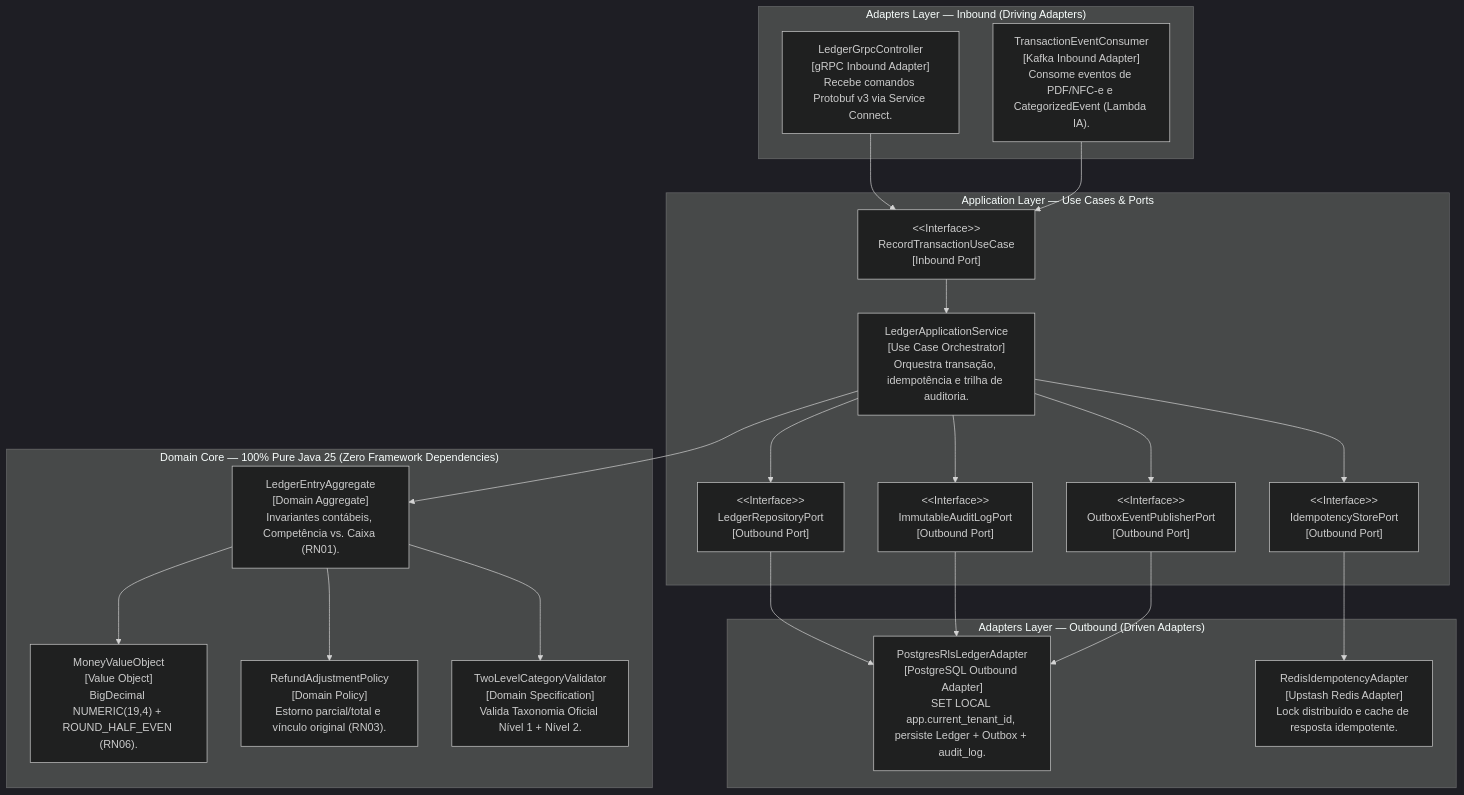
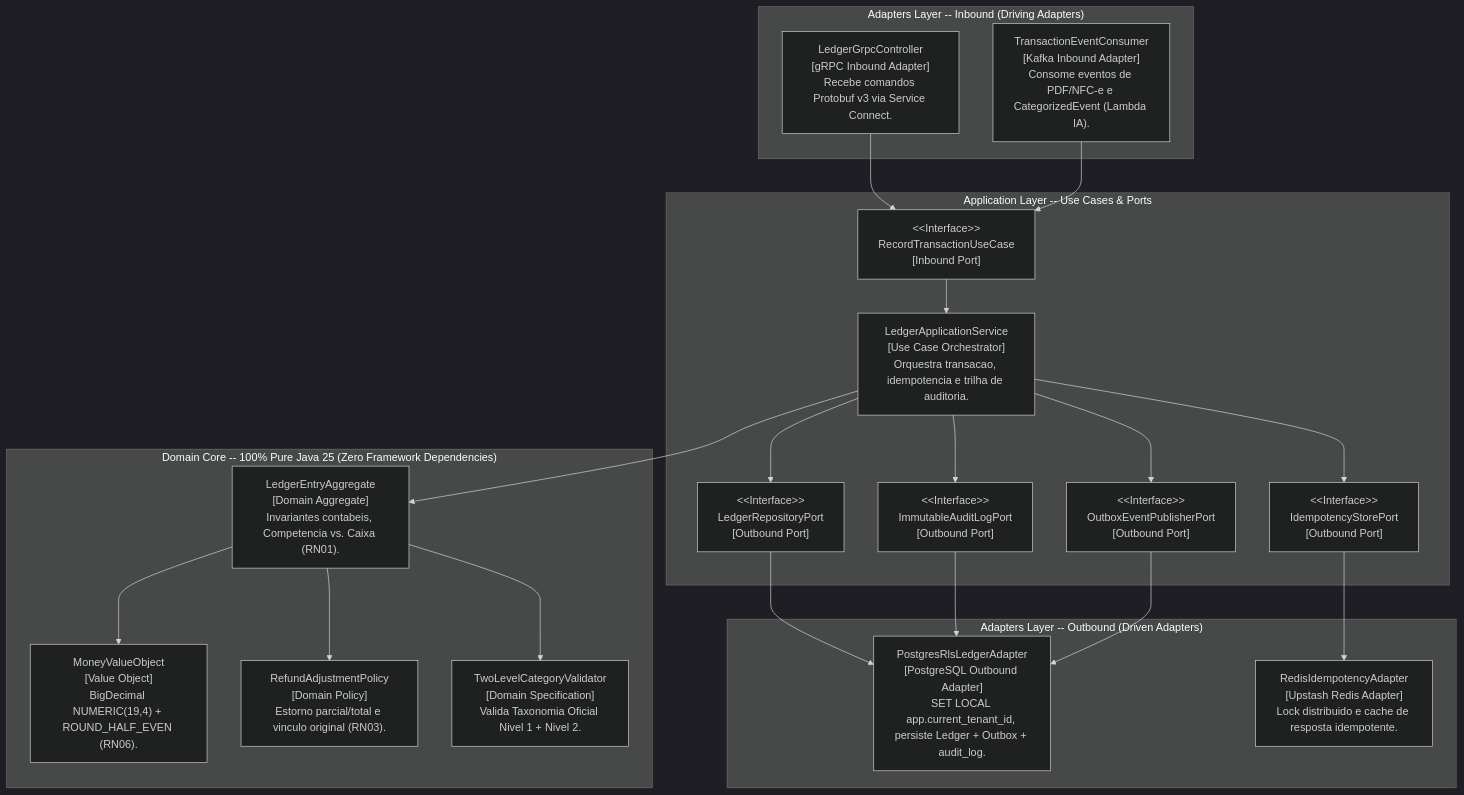
One commit to Sorobanerp/pfm-docs changed the third of 4 diagrams in docs/architecture/c4-model.md. Above: the diagram before and after it, drawn with Mermaid (dark theme). The commit also changed other lines of this file and 28 other files, not shown here.

````diff
--- a/docs/architecture/c4-model.md
+++ b/docs/architecture/c4-model.md
@@ -105,47 +105,47 @@
 ```mermaid
 flowchart TB
-    subgraph InboundAdapters["Adapters Layer — Inbound (Driving Adapters)"]
+    subgraph InboundAdapters["Adapters Layer -- Inbound (Driving Adapters)"]
         GRPC_IN["LedgerGrpcController<br/>[gRPC Inbound Adapter]<br/>Recebe comandos Protobuf v3 via Service Connect."]
         KAFKA_IN["TransactionEventConsumer<br/>[Kafka Inbound Adapter]<br/>Consome eventos de PDF/NFC-e e CategorizedEvent (Lambda IA)."]
     end
 
-    subgraph ApplicationLayer["Application Layer — Use Cases & Ports"]
+    subgraph ApplicationLayer["Application Layer -- Use Cases & Ports"]
         IN_PORT["&lt;&lt;Interface&gt;&gt;<br/>RecordTransactionUseCase<br/>[Inbound Port]"]
-        UC_IMPL["LedgerApplicationService<br/>[Use Case Orchestrator]<br/>Orquestra transação, idempotência e trilha de auditoria."]
+        UC_IMPL["LedgerApplicationService<br/>[Use Case Orchestrator]<br/>Orquestra transacao, idempotencia e trilha de auditoria."]
         OUT_REPO["&lt;&lt;Interface&gt;&gt;<br/>LedgerRepositoryPort<br/>[Outbound Port]"]
         OUT_AUDIT["&lt;&lt;Interface&gt;&gt;<br/>ImmutableAuditLogPort<br/>[Outbound Port]"]
         OUT_OUTBOX["&lt;&lt;Interface&gt;&gt;<br/>OutboxEventPublisherPort<br/>[Outbound Port]"]
         OUT_IDEMP["&lt;&lt;Interface&gt;&gt;<br/>IdempotencyStorePort<br/>[Outbound Port]"]
     end
 
-    subgraph DomainCore["Domain Core — 100% Pure Java 25 (Zero Framework Dependencies)"]
-        AGG["LedgerEntryAggregate<br/>[Domain Aggregate]<br/>Invariantes contábeis, Competência vs. Caixa (RN01)."]
+    subgraph DomainCore["Domain Core -- 100% Pure Java 25 (Zero Framework Dependencies)"]
+        AGG["LedgerEntryAggregate<br/>[Domain Aggregate]<br/>Invariantes contabeis, Competencia vs. Caixa (RN01)."]
         VO_MONEY["MoneyValueObject<br/>[Value Object]<br/>BigDecimal NUMERIC(19,4) + ROUND_HALF_EVEN (RN06)."]
-        POL_REFUND["RefundAdjustmentPolicy<br/>[Domain Policy]<br/>Estorno parcial/total e vínculo original (RN03)."]
-        TAXONOMY["TwoLevelCategoryValidator<br/>[Domain Specification]<br/>Valida Taxonomia Oficial Nível 1 + Nível 2."]
+        POL_REFUND["RefundAdjustmentPolicy<br/>[Domain Policy]<br/>Estorno parcial/total e vinculo original (RN03)."]
+        TAXONOMY["TwoLevelCategoryValidator<br/>[Domain Specification]<br/>Valida Taxonomia Oficial Nivel 1 + Nivel 2."]
     end
 
-    subgraph OutboundAdapters["Adapters Layer — Outbound (Driven Adapters)"]
+    subgraph OutboundAdapters["Adapters Layer -- Outbound (Driven Adapters)"]
         PG_ADAPTER["PostgresRlsLedgerAdapter<br/>[PostgreSQL Outbound Adapter]<br/>SET LOCAL app.current_tenant_id, persiste Ledger + Outbox + audit_log."]
-        REDIS_ADAPTER["RedisIdempotencyAdapter<br/>[Upstash Redis Adapter]<br/>Lock distribuído e cache de resposta idempotente."]
+        REDIS_ADAPTER["RedisIdempotencyAdapter<br/>[Upstash Redis Adapter]<br/>Lock distribuido e cache de resposta idempotente."]
     end
 
     GRPC_IN --> IN_PORT
     KAFKA_IN --> IN_PORT
     IN_PORT --> UC_IMPL
 
     UC_IMPL --> AGG
     AGG --> VO_MONEY
     AGG --> POL_REFUND
     AGG --> TAXONOMY
 
     UC_IMPL --> OUT_IDEMP
     UC_IMPL --> OUT_REPO
     UC_IMPL --> OUT_AUDIT
     UC_IMPL --> OUT_OUTBOX
 
     OUT_IDEMP --> REDIS_ADAPTER
     OUT_REPO --> PG_ADAPTER
     OUT_AUDIT --> PG_ADAPTER
     OUT_OUTBOX --> PG_ADAPTER
 ```
````
